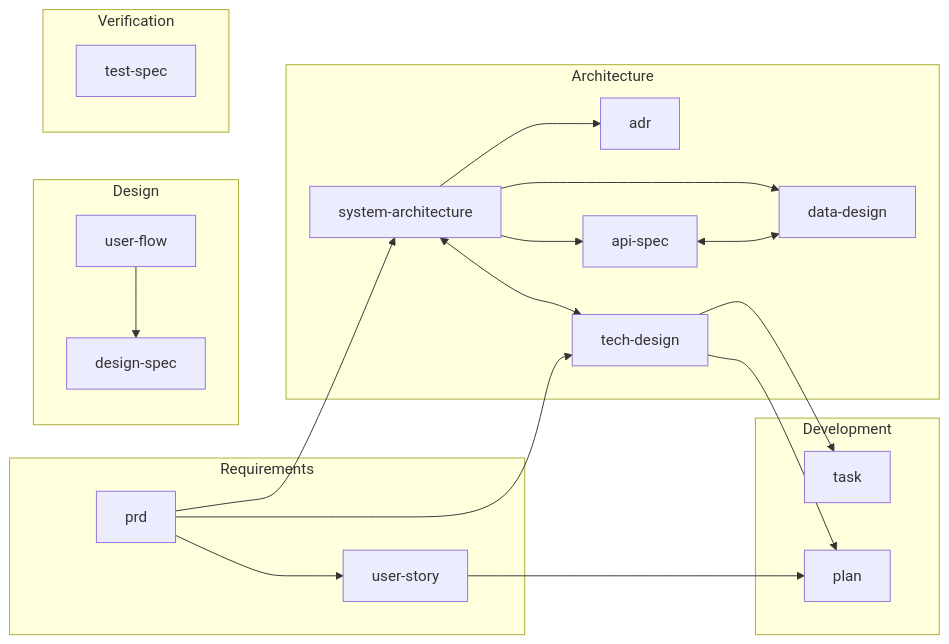
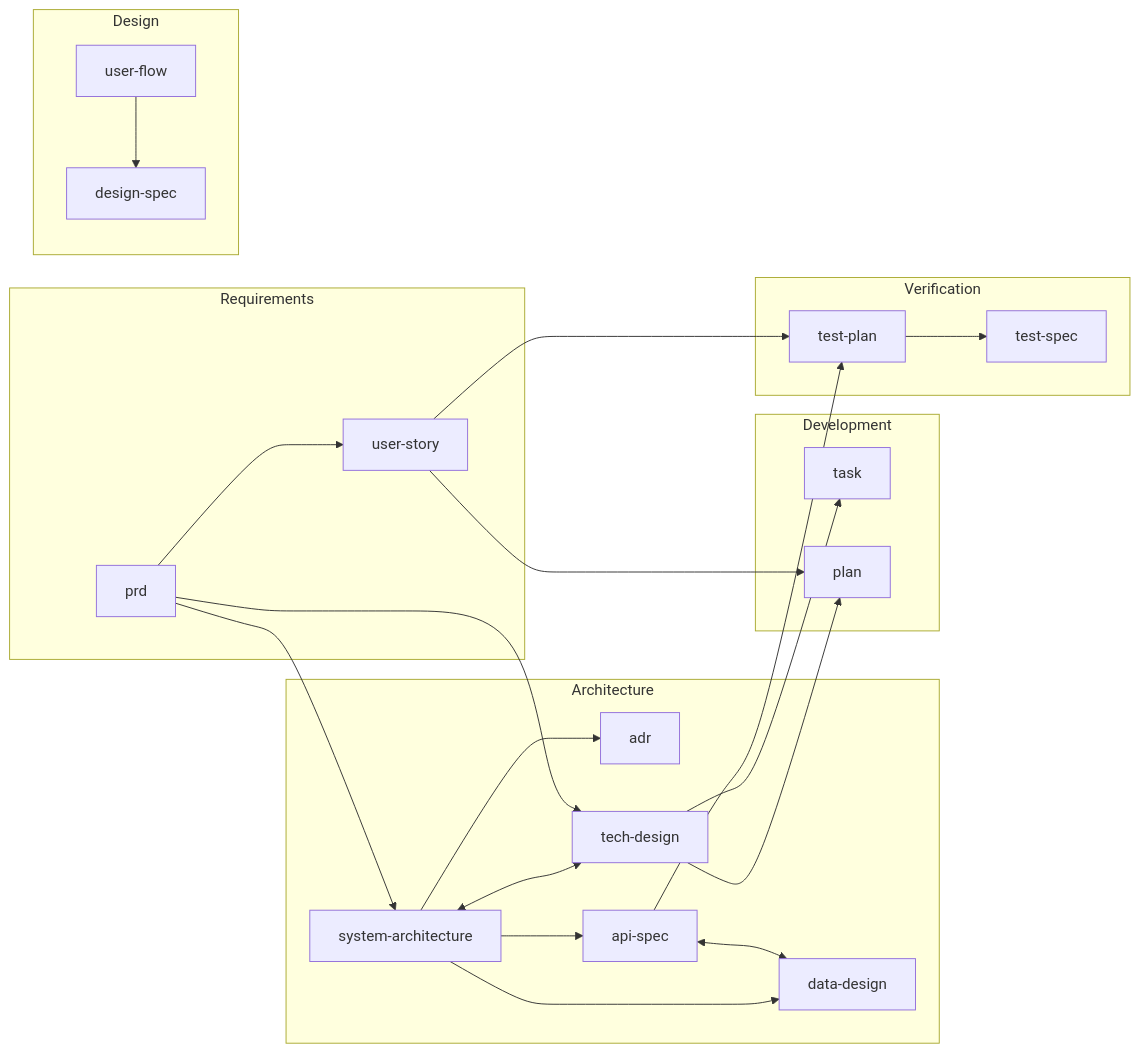
The third of 3 diagrams in reference/artifact-dep-graph.md (clitetailor/artifact-driven-development), drawn with Mermaid before and after one commit. The commit also changed other lines of this file and 19 other files, not shown here.

````diff
--- a/reference/artifact-dep-graph.md
+++ b/reference/artifact-dep-graph.md
@@ -41,27 +96,29 @@
 ```mermaid
 graph LR
     subgraph REQ[Requirements]
         ROOT["prd"] --> STORY[user-story]
     end
     subgraph DES[Design]
         UF[user-flow] --> DS[design-spec]
     end
     subgraph ARC[Architecture]
         SA[system-architecture] --> ADR[adr]
         SA --> API[api-spec]
         SA --> DD[data-design]
         API <--> DD
         SA <--> TD[tech-design]
     end
     subgraph DEV[Development]
         TD --> TASK[task]
         TD --> PLAN["plan"]
         STORY --> PLAN
     end
     subgraph VER[Verification]
-        TS[test-spec]
+        TP[test-plan] --> TS[test-spec]
     end
 
     ROOT --> SA
     ROOT --> TD
+    STORY --> TP
+    API --> TP
 ```
````
